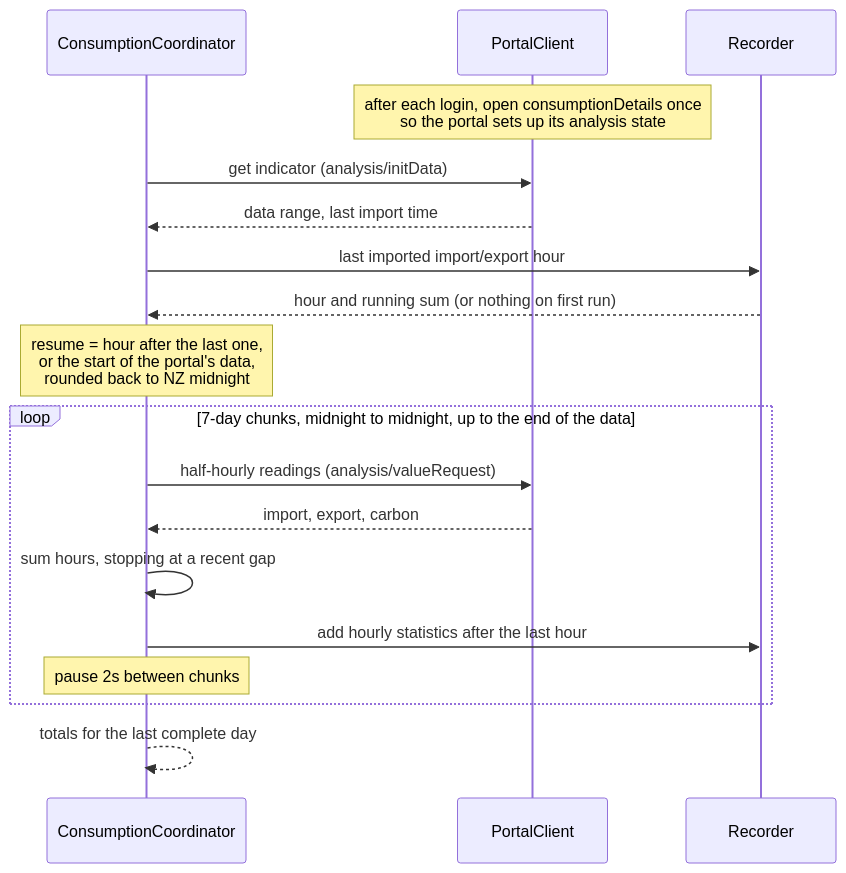
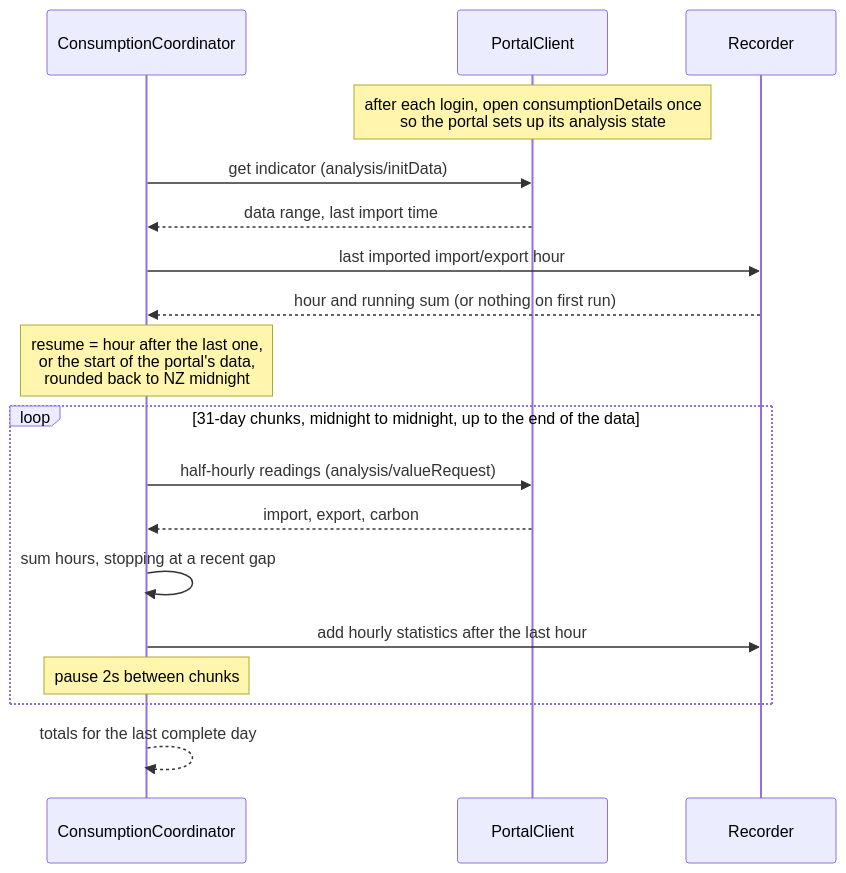
The third of 4 diagrams in docs/architecture.md (rhyskoedijk/ha-ecotricity-nz), drawn with Mermaid before and after one commit. The commit also changed other lines of this file and 21 other files, not shown here.

````diff
--- a/docs/architecture.md
+++ b/docs/architecture.md
@@ -110,21 +122,21 @@
 ```mermaid
 sequenceDiagram
     participant C as ConsumptionCoordinator
     participant P as PortalClient
     participant R as Recorder
 
     Note over P: after each login, open consumptionDetails once<br/>so the portal sets up its analysis state
     C->>P: get indicator (analysis/initData)
     P-->>C: data range, last import time
     C->>R: last imported import/export hour
     R-->>C: hour and running sum (or nothing on first run)
     Note over C: resume = hour after the last one,<br/>or the start of the portal's data,<br/>rounded back to NZ midnight
-    loop 7-day chunks, midnight to midnight, up to the end of the data
+    loop 31-day chunks, midnight to midnight, up to the end of the data
         C->>P: half-hourly readings (analysis/valueRequest)
         P-->>C: import, export, carbon
         C->>C: sum hours, stopping at a recent gap
         C->>R: add hourly statistics after the last hour
         Note over C: pause 2s between chunks
     end
     C-->>C: totals for the last complete day
 ```
````
